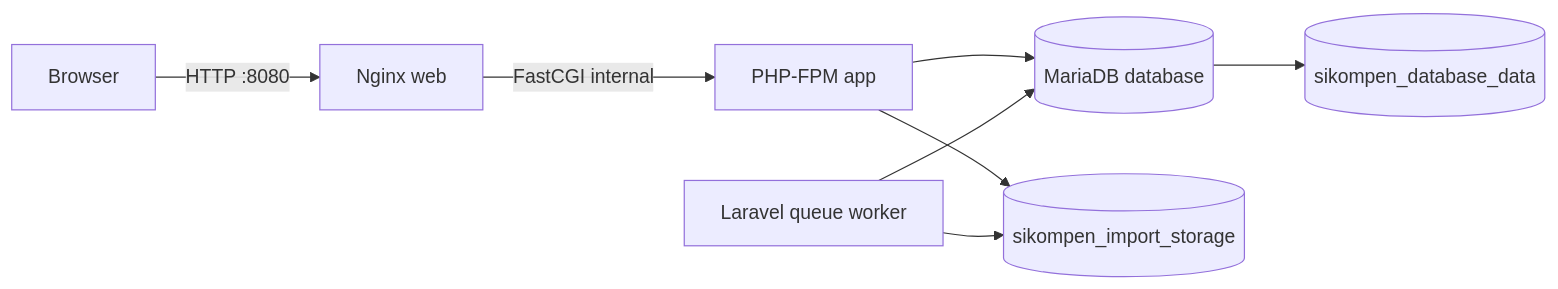
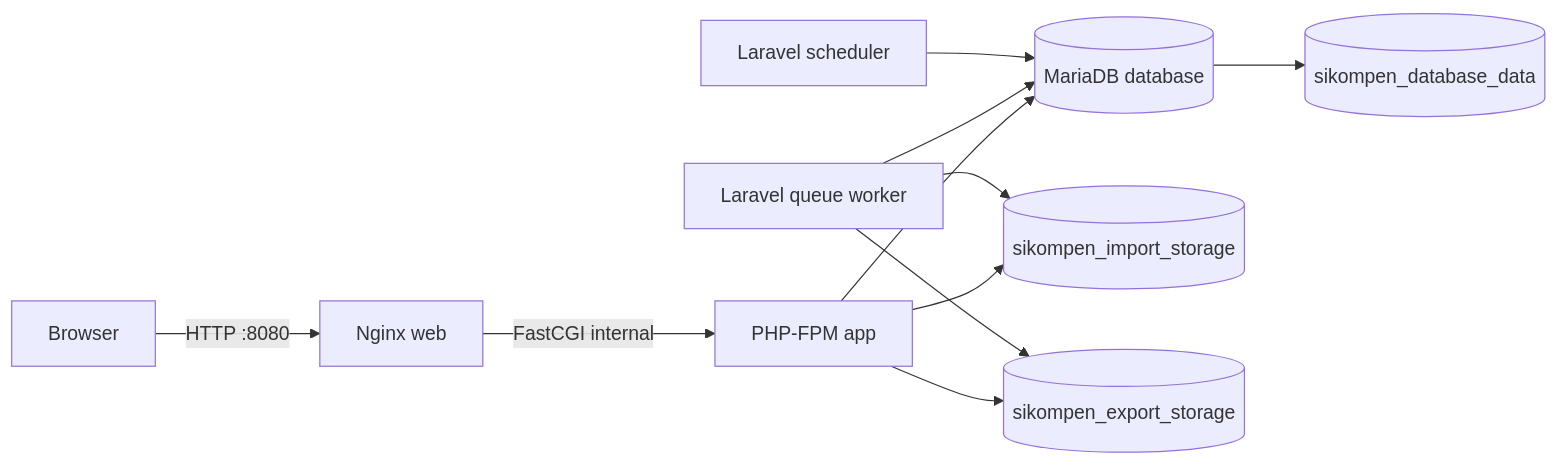
One commit to khairuonwork/sikompen_ae changed the first of 2 diagrams in docs/deployment-guide.md. Above: the diagram before and after it, drawn with Mermaid. The commit also changed other lines of this file and 12 other files, not shown here.

````diff
--- a/docs/deployment-guide.md
+++ b/docs/deployment-guide.md
@@ -7,10 +7,13 @@
 ```mermaid
 flowchart LR
     Browser -->|HTTP :8080| Web[Nginx web]
     Web -->|FastCGI internal| App[PHP-FPM app]
     App --> DB[(MariaDB database)]
     Queue[Laravel queue worker] --> DB
+    Scheduler[Laravel scheduler] --> DB
     App --> Files[(sikompen_import_storage)]
     Queue --> Files
+    App --> Exports[(sikompen_export_storage)]
+    Queue --> Exports
     DB --> DBVolume[(sikompen_database_data)]
 ```
````
